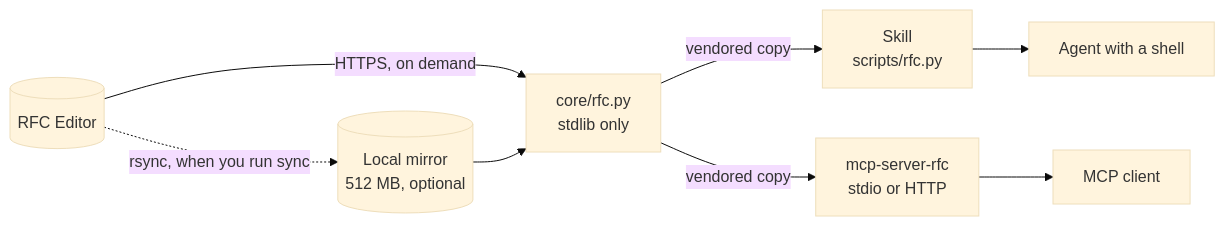
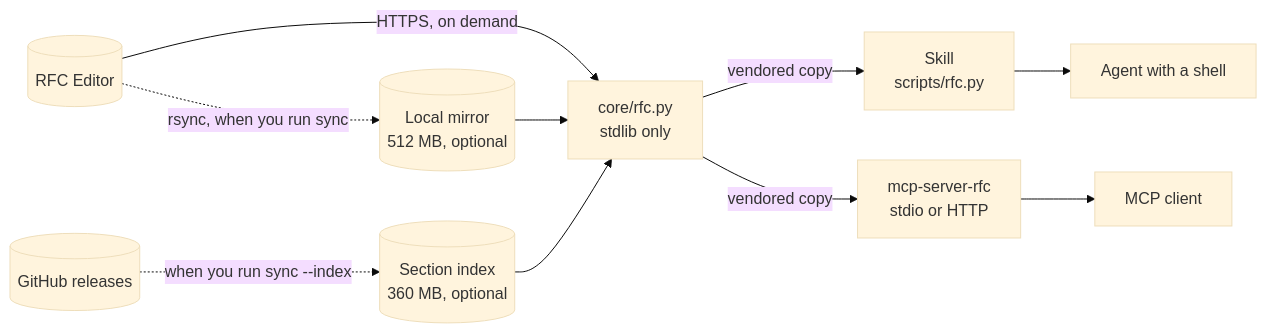
Before and after one commit to shbernal/rfc-ai-tooling: the diagram in README.md, drawn with Mermaid (base theme). The commit also changed other lines of this file and 20 other files, not shown here.

````diff
--- a/README.md
+++ b/README.md
@@ -199,18 +219,22 @@
 ```mermaid
 flowchart LR
     editor[("RFC Editor")]
+    releases[("GitHub releases")]
+    index[("Section index<br/>360 MB, optional")]
     mirror[("Local mirror<br/>512 MB, optional")]
     core["core/rfc.py<br/>stdlib only"]
     skill["Skill<br/>scripts/rfc.py"]
     mcp["mcp-server-rfc<br/>stdio or HTTP"]
     shell["Agent with a shell"]
     client["MCP client"]
 
     editor -- "HTTPS, on demand" --> core
     editor -. "rsync, when you run sync" .-> mirror
+    releases -. "when you run sync --index" .-> index
+    index --> core
     mirror --> core
     core -- "vendored copy" --> skill
     core -- "vendored copy" --> mcp
     skill --> shell
     mcp --> client
 ```
````
